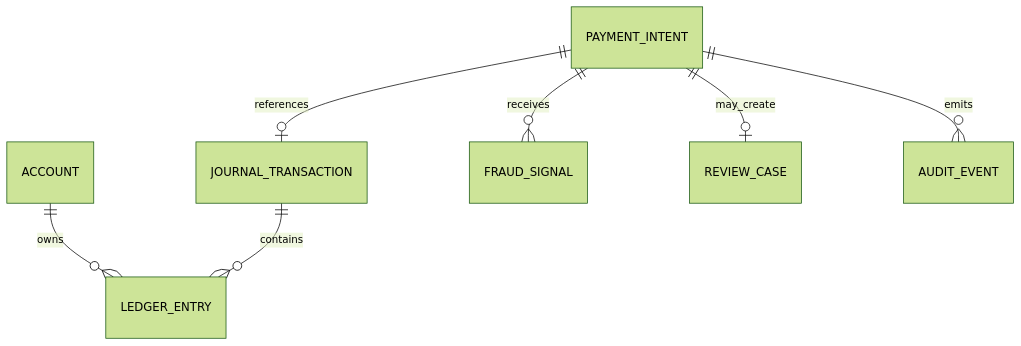
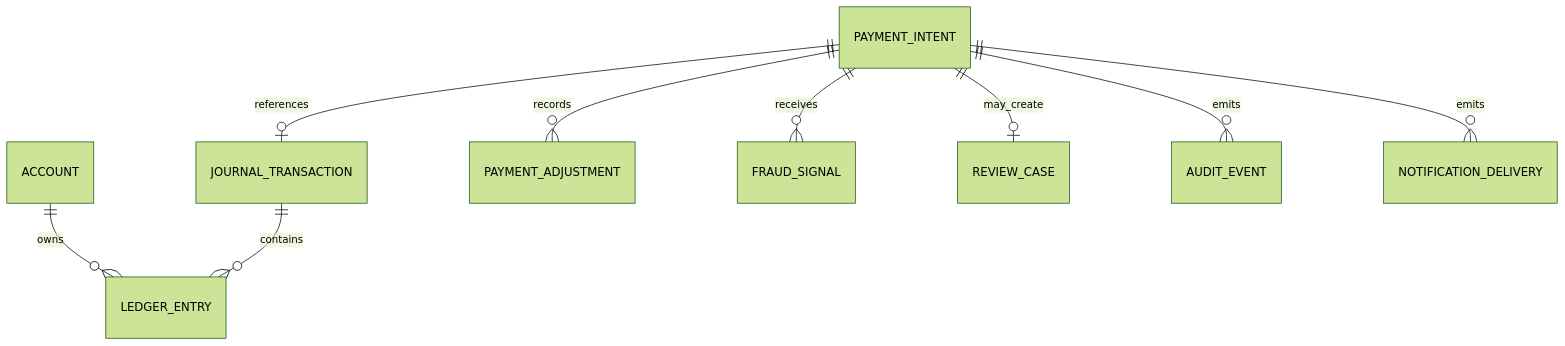
The second of 3 diagrams in docs/architecture.md (moenn1/ledgerandfraudscoring), drawn with Mermaid (forest theme) before and after one commit. The commit also changed other lines of this file and 135 other files, not shown here.

````diff
--- a/docs/architecture.md
+++ b/docs/architecture.md
@@ -44,9 +56,11 @@
 ```mermaid
 erDiagram
     ACCOUNT ||--o{ LEDGER_ENTRY : owns
     JOURNAL_TRANSACTION ||--o{ LEDGER_ENTRY : contains
     PAYMENT_INTENT ||--o| JOURNAL_TRANSACTION : references
+    PAYMENT_INTENT ||--o{ PAYMENT_ADJUSTMENT : records
     PAYMENT_INTENT ||--o{ FRAUD_SIGNAL : receives
     PAYMENT_INTENT ||--o| REVIEW_CASE : may_create
     PAYMENT_INTENT ||--o{ AUDIT_EVENT : emits
+    PAYMENT_INTENT ||--o{ NOTIFICATION_DELIVERY : emits
 ```
````
